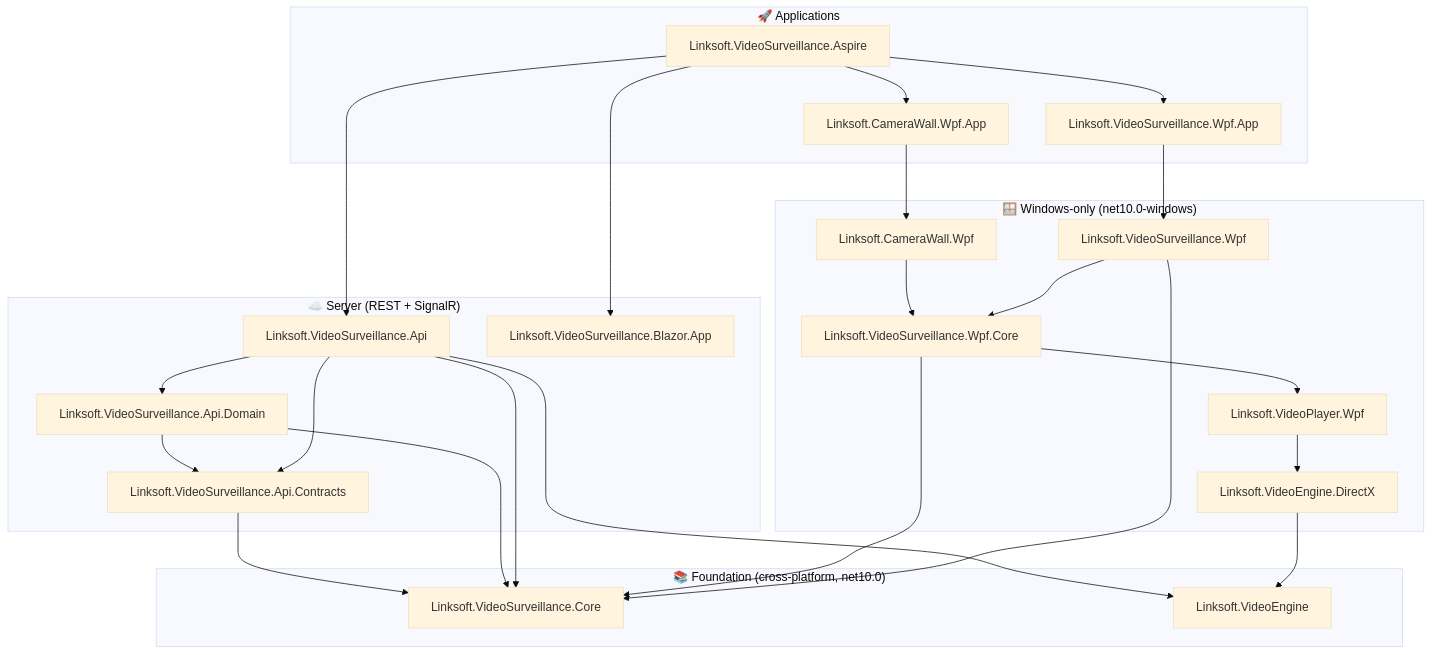
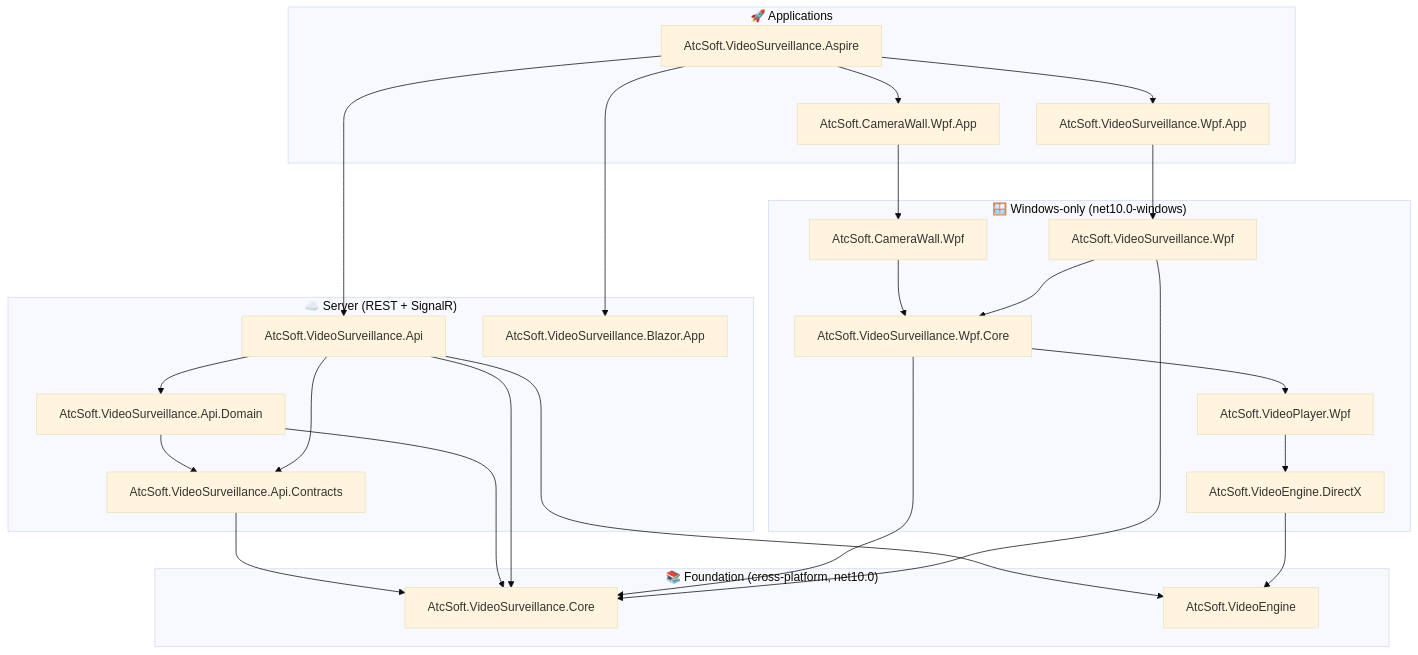
Before and after one commit to davidkallesen/AtcSoft.VideoSurveillance: the diagram in README.md, drawn with Mermaid (base theme). The commit also changed other lines of this file and 581 other files, not shown here.

First line of the commit message:
feat: rename product and namespaces from Linksoft to AtcSoft

````diff
--- a/README.md
+++ b/README.md
@@ -153,54 +153,54 @@
 ```mermaid
 flowchart TD
     subgraph Foundation["📚 Foundation (cross-platform, net10.0)"]
-        Core[Linksoft.VideoSurveillance.Core]
-        VE[Linksoft.VideoEngine]
+        Core[AtcSoft.VideoSurveillance.Core]
+        VE[AtcSoft.VideoEngine]
     end
 
     subgraph Server["☁️ Server (REST + SignalR)"]
-        Contracts[Linksoft.VideoSurveillance.Api.Contracts]
-        Domain[Linksoft.VideoSurveillance.Api.Domain]
-        Api[Linksoft.VideoSurveillance.Api]
-        Blazor[Linksoft.VideoSurveillance.Blazor.App]
+        Contracts[AtcSoft.VideoSurveillance.Api.Contracts]
+        Domain[AtcSoft.VideoSurveillance.Api.Domain]
+        Api[AtcSoft.VideoSurveillance.Api]
+        Blazor[AtcSoft.VideoSurveillance.Blazor.App]
     end
 
     subgraph Windows["🪟 Windows-only (net10.0-windows)"]
-        VEDx[Linksoft.VideoEngine.DirectX]
-        VPWpf[Linksoft.VideoPlayer.Wpf]
-        WpfCore[Linksoft.VideoSurveillance.Wpf.Core]
-        CamWall[Linksoft.CameraWall.Wpf]
-        VsWpf[Linksoft.VideoSurveillance.Wpf]
+        VEDx[AtcSoft.VideoEngine.DirectX]
+        VPWpf[AtcSoft.VideoPlayer.Wpf]
+        WpfCore[AtcSoft.VideoSurveillance.Wpf.Core]
+        CamWall[AtcSoft.CameraWall.Wpf]
+        VsWpf[AtcSoft.VideoSurveillance.Wpf]
     end
 
     subgraph Apps["🚀 Applications"]
-        CamApp[Linksoft.CameraWall.Wpf.App]
-        VsApp[Linksoft.VideoSurveillance.Wpf.App]
-        Aspire[Linksoft.VideoSurveillance.Aspire]
+        CamApp[AtcSoft.CameraWall.Wpf.App]
+        VsApp[AtcSoft.VideoSurveillance.Wpf.App]
+        Aspire[AtcSoft.VideoSurveillance.Aspire]
     end
 
     %% Server stack
     Contracts --> Core
     Domain --> Contracts
     Domain --> Core
     Api --> Contracts
     Api --> Domain
     Api --> Core
     Api --> VE
 
     %% Windows / WPF stack
     VEDx --> VE
     VPWpf --> VEDx
     WpfCore --> Core
     WpfCore --> VPWpf
     CamWall --> WpfCore
     VsWpf --> Core
     VsWpf --> WpfCore
 
     %% App composition
     CamApp --> CamWall
     VsApp --> VsWpf
     Aspire --> Api
     Aspire --> Blazor
     Aspire --> CamApp
     Aspire --> VsApp
 ```
````
